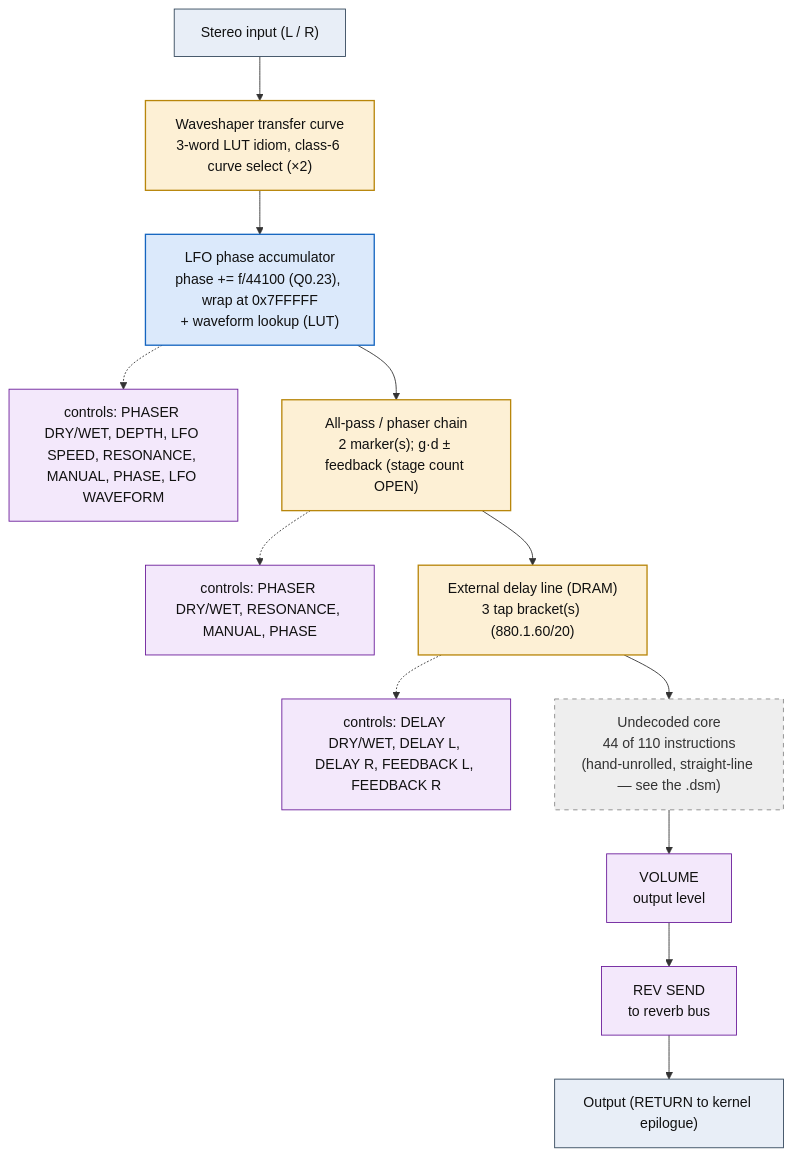
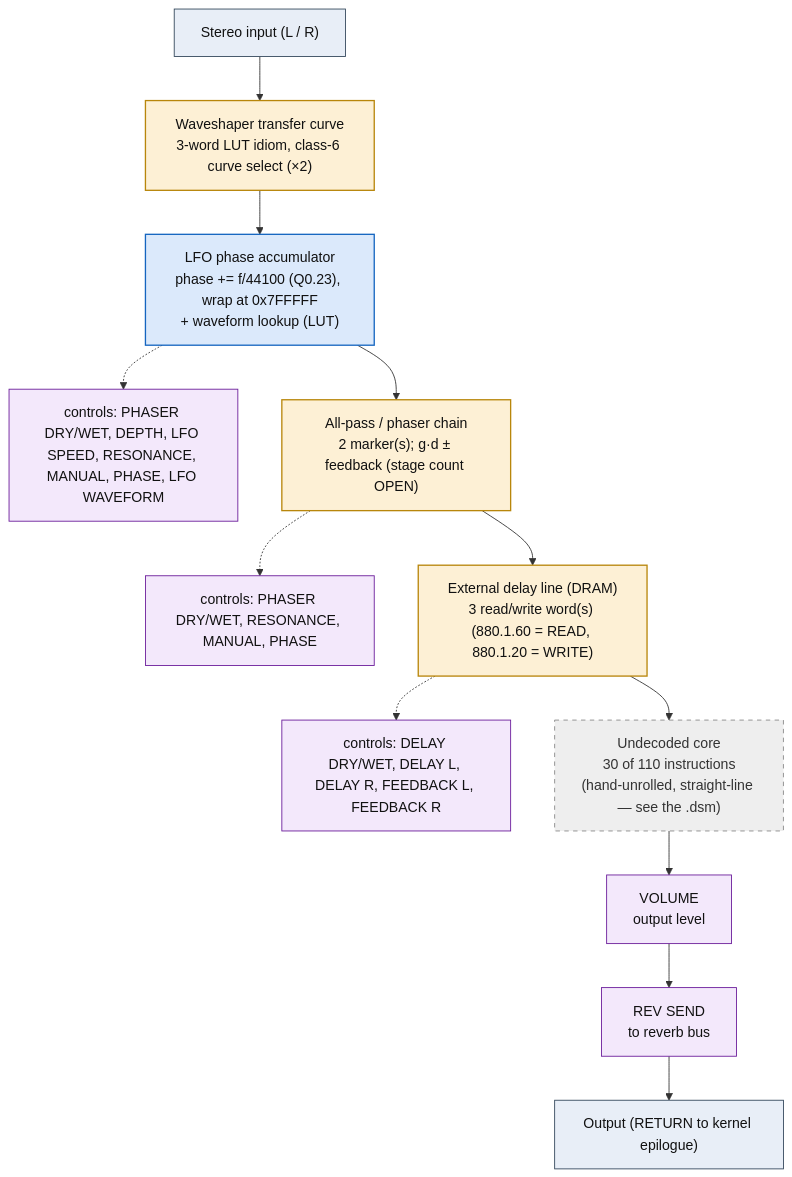
Before and after one commit to ArqueologiaDigital/KN5000-docs: the diagram in flowcharts/prog68_s_delay_phaser.md, drawn with Mermaid. The commit also changed other lines of this file and 38 other files, not shown here.

First line of the commit message:
flowcharts: withdraw the envelope-detector reading, decode the DRAM accesses

````diff
--- a/flowcharts/prog68_s_delay_phaser.md
+++ b/flowcharts/prog68_s_delay_phaser.md
@@ -19,38 +19,38 @@
 ```mermaid
 flowchart TD
     N0["Stereo input (L / R)"]
     N1["Waveshaper transfer curve<br/>3-word LUT idiom, class-6 curve select (&times;2)"]
     N0 --> N1
     N2["LFO phase accumulator<br/>phase += f/44100 (Q0.23), wrap at 0x7FFFFF<br/>+ waveform lookup (LUT)"]
     N1 --> N2
     N3["controls: PHASER DRY/WET, DEPTH, LFO SPEED, RESONANCE, MANUAL, PHASE, LFO WAVEFORM"]
     N2 -.-> N3
     N4["All-pass / phaser chain<br/>2 marker(s); g&middot;d &plusmn; feedback (stage count OPEN)"]
     N2 --> N4
     N5["controls: PHASER DRY/WET, RESONANCE, MANUAL, PHASE"]
     N4 -.-> N5
-    N6["External delay line (DRAM)<br/>3 tap bracket(s) (880.1.60/20)"]
+    N6["External delay line (DRAM)<br/>3 read/write word(s) (880.1.60 = READ, 880.1.20 = WRITE)"]
     N4 --> N6
     N7["controls: DELAY DRY/WET, DELAY L, DELAY R, FEEDBACK L, FEEDBACK R"]
     N6 -.-> N7
-    N8["Undecoded core<br/>44 of 110 instructions<br/>(hand-unrolled, straight-line &mdash; see the .dsm)"]
+    N8["Undecoded core<br/>30 of 110 instructions<br/>(hand-unrolled, straight-line &mdash; see the .dsm)"]
     N6 --> N8
     N9["VOLUME<br/>output level"]
     N8 --> N9
     N10["REV SEND<br/>to reverb bus"]
     N9 --> N10
     N11["Output (RETURN to kernel epilogue)"]
     N10 --> N11
 
     classDef io fill:#e8eef7,stroke:#33475b,stroke-width:1px,color:#111;
     classDef proven fill:#d7f0d7,stroke:#2e7d32,stroke-width:2px,color:#111;
     classDef measured fill:#dbe9fb,stroke:#1565c0,stroke-width:1.5px,color:#111;
     classDef inferred fill:#fdf0d5,stroke:#b8860b,stroke-width:1.5px,color:#111;
     classDef open fill:#eeeeee,stroke:#888,stroke-width:1px,color:#333,stroke-dasharray:5 5;
     classDef ctrl fill:#f3e8fb,stroke:#6a1b9a,stroke-width:1px,color:#111;
     class N0,N11 io;
     class N1,N4,N6 inferred;
     class N2 measured;
     class N3,N5,N7,N9,N10 ctrl;
     class N8 open;
 ```
````
